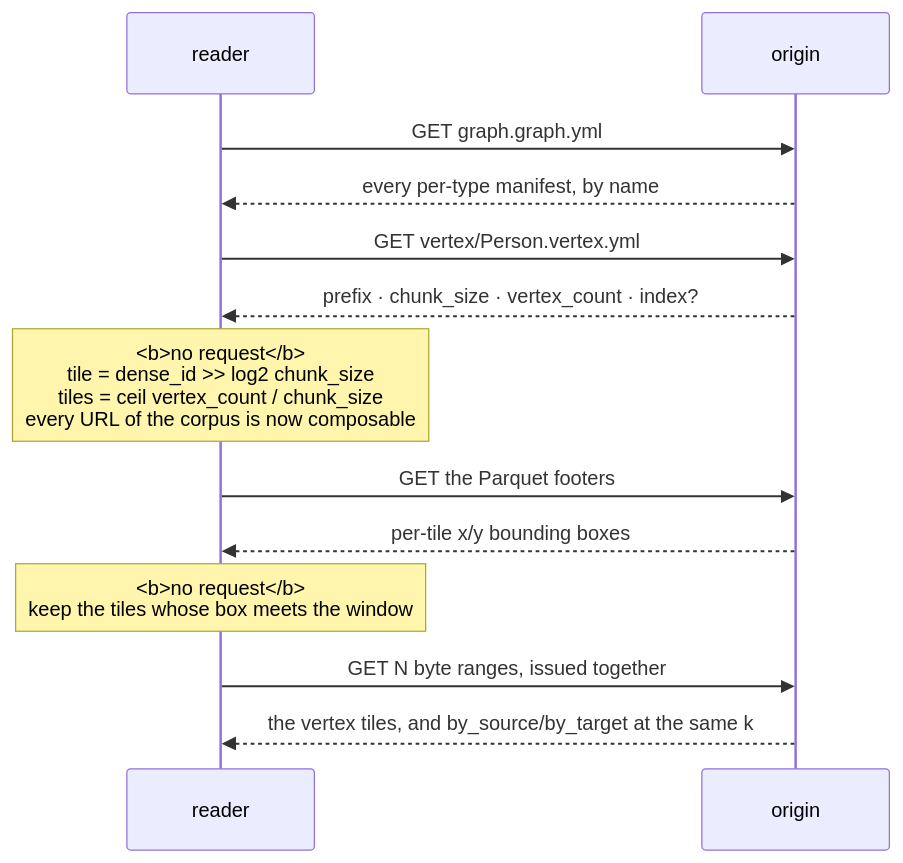
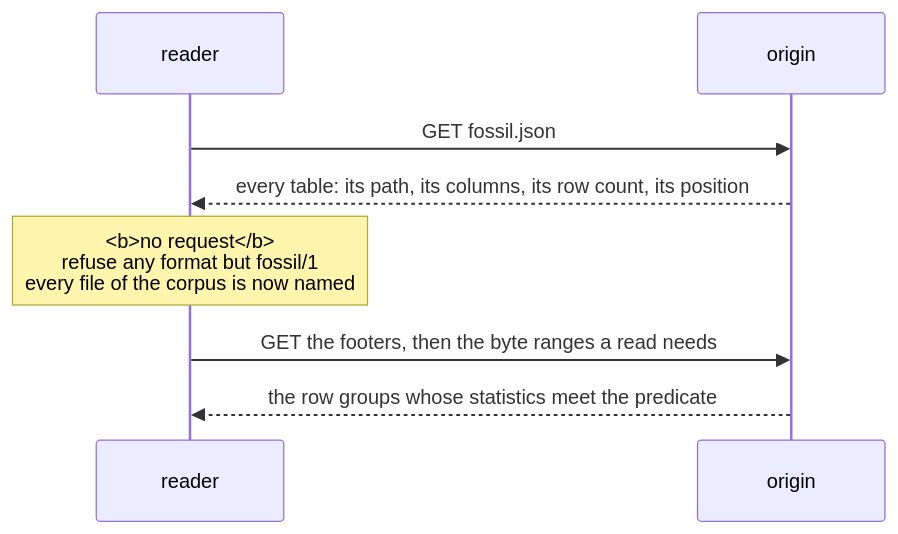
The diagram in docs/content/docs/format/reading/without-fossil.mdx (Kanzo-Tech/fossil-lang), drawn with Mermaid before and after one commit. The commit also changed other lines of this file, not shown here.

First line of the commit message:
docs(format): reading a corpus is fossil.json and read_parquet

````diff
--- a/docs/content/docs/format/reading/without-fossil.mdx
+++ b/docs/content/docs/format/reading/without-fossil.mdx
@@ -14,15 +12,10 @@
 ```mermaid
 sequenceDiagram
   participant R as reader
   participant O as origin
-  R->>O: GET graph.graph.yml
-  O-->>R: every per-type manifest, by name
-  R->>O: GET vertex/Person.vertex.yml
-  O-->>R: prefix · chunk_size · vertex_count · index?
-  Note over R: <b>no request</b><br/>tile = dense_id >> log2 chunk_size<br/>tiles = ceil vertex_count / chunk_size<br/>every URL of the corpus is now composable
-  R->>O: GET the Parquet footers
-  O-->>R: per-tile x/y bounding boxes
-  Note over R: <b>no request</b><br/>keep the tiles whose box meets the window
-  R->>O: GET N byte ranges, issued together
-  O-->>R: the vertex tiles, and by_source/by_target at the same k
+  R->>O: GET fossil.json
+  O-->>R: every table: its path, its columns, its row count, its position
+  Note over R: <b>no request</b><br/>refuse any format but fossil/1<br/>every file of the corpus is now named
+  R->>O: GET the footers, then the byte ranges a read needs
+  O-->>R: the row groups whose statistics meet the predicate
 ```
````
